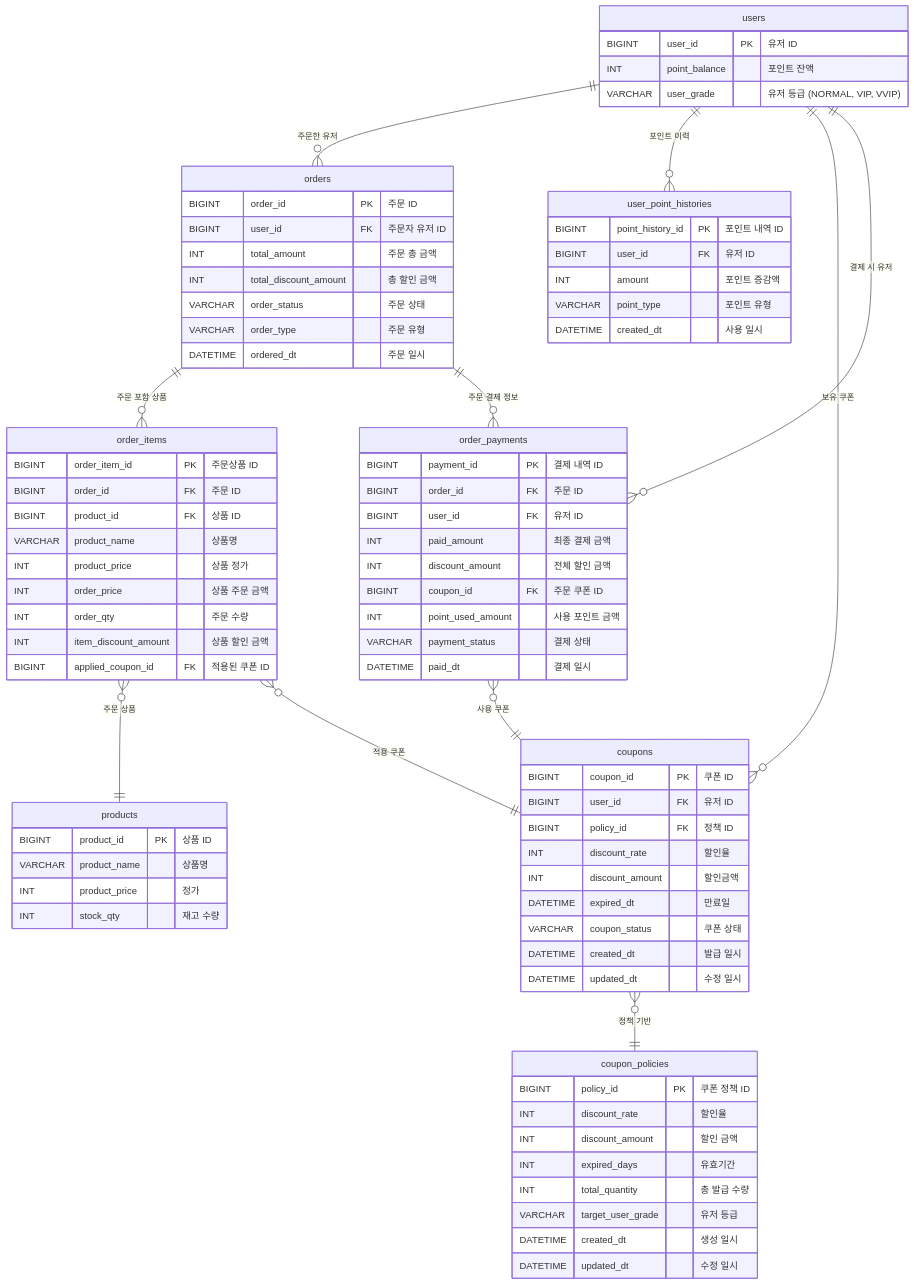
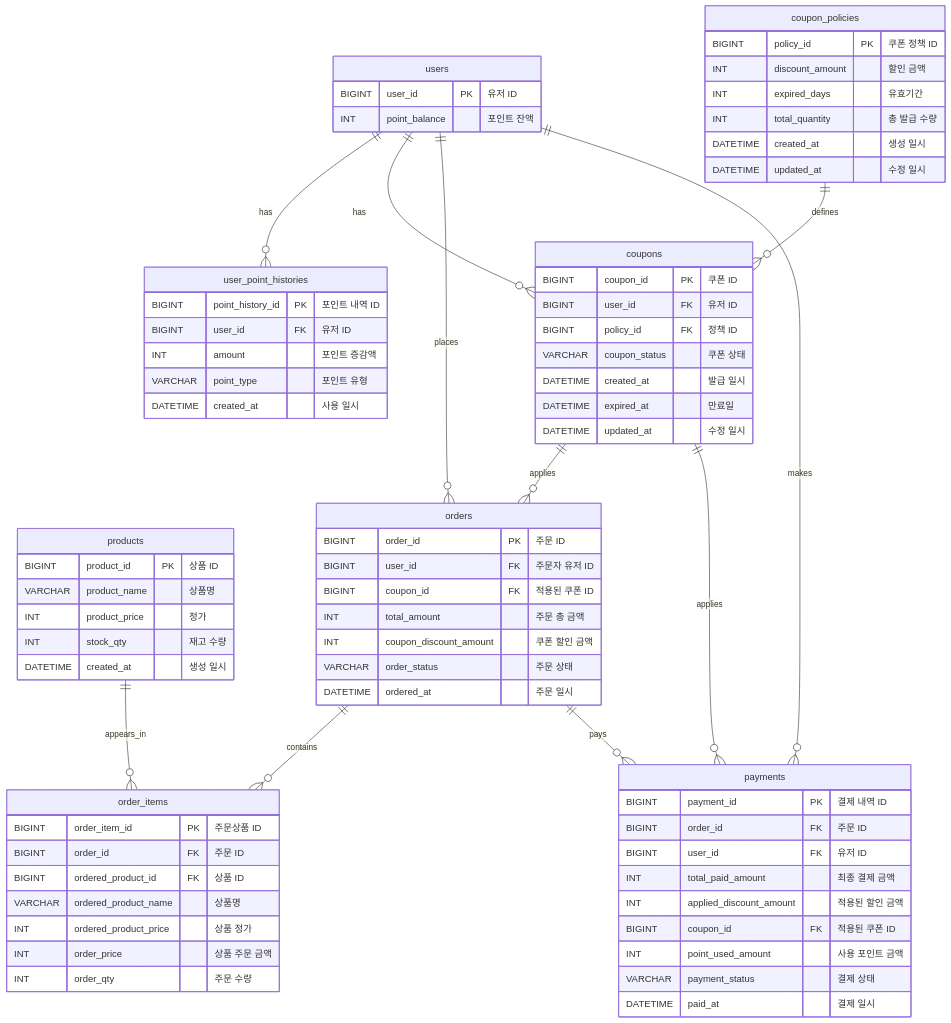
One commit to gittykittylab/growkitty-backend-server changed the diagram in docs/erd/erd.md. Above: the diagram before and after it, drawn with Mermaid.

Commit message:
feat: 데이터베이스 최적화 - orders 테이블의 total_discount_amount를 coupon_discount_amount로 명확히 변경 - order_items 테이블의 중복 제거 - payments 테이블의 total_discount_amount를 applied_discount_amount로 명확히 변경 - coupons 테이블에서 discount_amount 필드 제거하여 중복 방지 - 쿠폰 및 할인 관련 필드명 일관성 개선

````diff
--- a/docs/erd/erd.md
+++ b/docs/erd/erd.md
@@ -7,81 +7,76 @@
     users {
         BIGINT user_id PK "유저 ID"
         INT point_balance "포인트 잔액"
-        VARCHAR user_grade "유저 등급 (NORMAL, VIP, VVIP)"
     }
-    orders {
-        BIGINT order_id PK "주문 ID"
-        BIGINT user_id FK "주문자 유저 ID"
-        INT total_amount "주문 총 금액"
-        INT total_discount_amount "총 할인 금액"
-        VARCHAR order_status "주문 상태"
-        VARCHAR order_type "주문 유형"
-        DATETIME ordered_dt "주문 일시"
-    }
-    order_items {
-        BIGINT order_item_id PK "주문상품 ID"
-        BIGINT order_id FK "주문 ID"
-        BIGINT product_id FK "상품 ID"
-        VARCHAR product_name "상품명"
-        INT product_price "상품 정가"
-        INT order_price "상품 주문 금액"
-        INT order_qty "주문 수량"
-        INT item_discount_amount "상품 할인 금액"
-        BIGINT applied_coupon_id FK "적용된 쿠폰 ID"
-    }
-    order_payments {
-        BIGINT payment_id PK "결제 내역 ID"
-        BIGINT order_id FK "주문 ID"
+    user_point_histories {
+        BIGINT point_history_id PK "포인트 내역 ID"
         BIGINT user_id FK "유저 ID"
-        INT paid_amount "최종 결제 금액"
-        INT discount_amount "전체 할인 금액"
-        BIGINT coupon_id FK "주문 쿠폰 ID"
-        INT point_used_amount "사용 포인트 금액"
-        VARCHAR payment_status "결제 상태"
-        DATETIME paid_dt "결제 일시"
+        INT amount "포인트 증감액"
+        VARCHAR point_type "포인트 유형"
+        DATETIME created_at "사용 일시"
     }
     products {
         BIGINT product_id PK "상품 ID"
         VARCHAR product_name "상품명"
         INT product_price "정가"
         INT stock_qty "재고 수량"
-    }
-    user_point_histories {
-        BIGINT point_history_id PK "포인트 내역 ID"
-        BIGINT user_id FK "유저 ID"
-        INT amount "포인트 증감액"
-        VARCHAR point_type "포인트 유형"
-        DATETIME created_dt "사용 일시"
+        DATETIME created_at "생성 일시"
     }
     coupon_policies {
         BIGINT policy_id PK "쿠폰 정책 ID"
-        INT discount_rate "할인율"
         INT discount_amount "할인 금액"
         INT expired_days "유효기간"
         INT total_quantity "총 발급 수량"
-        VARCHAR target_user_grade "유저 등급"
-        DATETIME created_dt "생성 일시"
-        DATETIME updated_dt "수정 일시"
+        DATETIME created_at "생성 일시"
+        DATETIME updated_at "수정 일시"
     }
     coupons {
         BIGINT coupon_id PK "쿠폰 ID"
         BIGINT user_id FK "유저 ID"
         BIGINT policy_id FK "정책 ID"
-        INT discount_rate "할인율"
-        INT discount_amount "할인금액"
-        DATETIME expired_dt "만료일"
         VARCHAR coupon_status "쿠폰 상태"
-        DATETIME created_dt "발급 일시"
-        DATETIME updated_dt "수정 일시"
+        DATETIME created_at "발급 일시"
+        DATETIME expired_at "만료일"
+        DATETIME updated_at "수정 일시"
     }
-    users ||--o{ orders : "주문한 유저"
-    users ||--o{ user_point_histories : "포인트 이력"
-    users ||--o{ coupons : "보유 쿠폰"
-    users ||--o{ order_payments : "결제 시 유저"
-    orders ||--o{ order_items : "주문 포함 상품"
-    orders ||--o{ order_payments : "주문 결제 정보"
-    order_items }o--|| products : "주문 상품"
-    order_items }o--|| coupons : "적용 쿠폰"
-    order_payments }o--|| coupons : "사용 쿠폰"
-    coupons }o--|| coupon_policies : "정책 기반"
+    orders {
+        BIGINT order_id PK "주문 ID"
+        BIGINT user_id FK "주문자 유저 ID"
+        BIGINT coupon_id FK "적용된 쿠폰 ID"
+        INT total_amount "주문 총 금액"
+        INT coupon_discount_amount "쿠폰 할인 금액"
+        VARCHAR order_status "주문 상태"
+        DATETIME ordered_at "주문 일시"
+    }
+    order_items {
+        BIGINT order_item_id PK "주문상품 ID"
+        BIGINT order_id FK "주문 ID"
+        BIGINT ordered_product_id FK "상품 ID"
+        VARCHAR ordered_product_name "상품명"
+        INT ordered_product_price "상품 정가"
+        INT order_price "상품 주문 금액"
+        INT order_qty "주문 수량"
+    }
+    payments {
+        BIGINT payment_id PK "결제 내역 ID"
+        BIGINT order_id FK "주문 ID"
+        BIGINT user_id FK "유저 ID"
+        INT total_paid_amount "최종 결제 금액"
+        INT applied_discount_amount "적용된 할인 금액"
+        BIGINT coupon_id FK "적용된 쿠폰 ID"
+        INT point_used_amount "사용 포인트 금액"
+        VARCHAR payment_status "결제 상태"
+        DATETIME paid_at "결제 일시"
+    }
+    users ||--o{ user_point_histories : has
+    users ||--o{ coupons : has
+    users ||--o{ orders : places
+    users ||--o{ payments : makes
+    coupon_policies ||--o{ coupons : defines
+    coupons ||--o{ orders : applies
+    coupons ||--o{ payments : applies
+    orders ||--o{ order_items : contains
+    orders ||--o{ payments : pays
+    products ||--o{ order_items : appears_in
+
 ```
````
